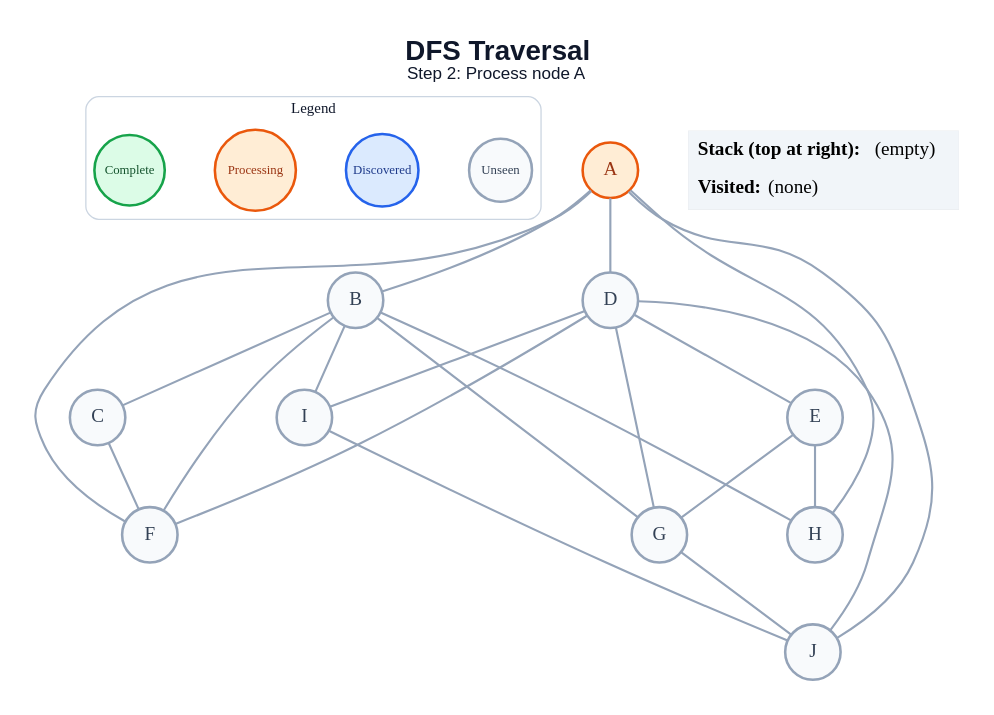
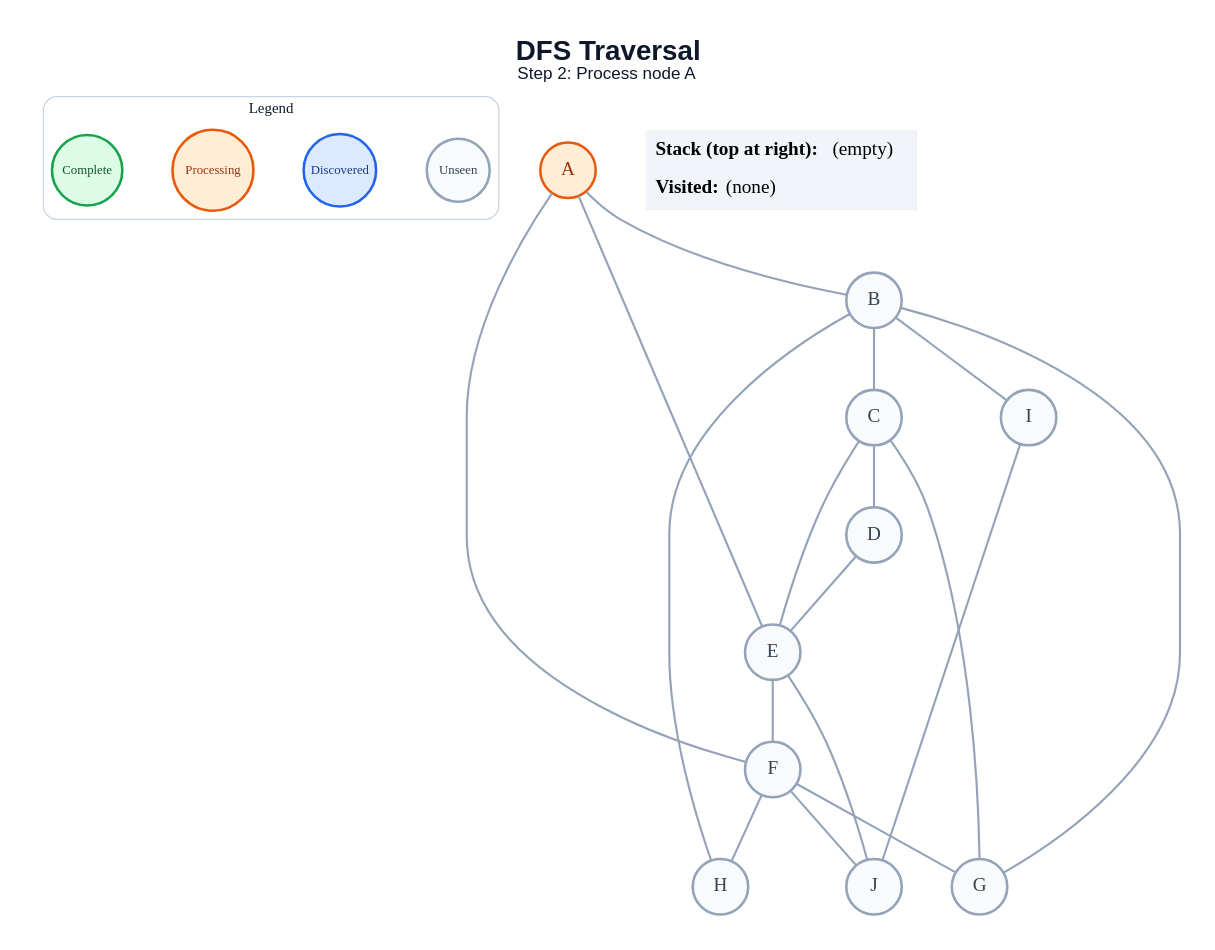
One commit to amanghodawala9/ai-slop changed the diagram in generated/dfs/step_02.dot. Above: the diagram before and after it, drawn with Graphviz. The commit also changed 178 other files, not shown here.

```diff
--- a/generated/dfs/step_02.dot
+++ b/generated/dfs/step_02.dot
@@ -1,49 +1,46 @@
 graph traversal {
   graph [layout=dot, rankdir=TB, bgcolor="#FFFFFF", pad="0.35", nodesep="0.65", ranksep="0.8", fontname="Arial"];
   node [shape=circle, style="filled", fontname="Arial Bold", fontsize=18, width=0.72, fixedsize=true, penwidth=2.4];
   edge [color="#94A3B8", penwidth=2.0];
   label=<<B>DFS Traversal</B><BR/><FONT POINT-SIZE="16">Step 2: Process node A</FONT>>; labelloc="t"; fontsize=26; fontname="Arial"; fontcolor="#0F172A";
   subgraph cluster_legend { label="Legend"; color="#CBD5E1"; penwidth=1.2; style="rounded"; fontsize=14; fontname="Arial Bold";
     key_unseen [label="Unseen", fillcolor="#F8FAFC", color="#94A3B8", fontcolor="#334155", fontsize=12, width=0.82];
     key_frontier [label="Discovered", fillcolor="#DBEAFE", color="#2563EB", fontcolor="#1E3A8A", fontsize=12, width=0.95];
     key_current [label="Processing", fillcolor="#FFEDD5", color="#EA580C", fontcolor="#9A3412", fontsize=12, width=1.05];
     key_done [label="Complete", fillcolor="#DCFCE7", color="#16A34A", fontcolor="#14532D", fontsize=12, width=0.92];
     { rank=same; key_unseen; key_frontier; key_current; key_done; }
   }
   A [fillcolor="#FFEDD5", color="#EA580C", fontcolor="#9A3412"];
   B [fillcolor="#F8FAFC", color="#94A3B8", fontcolor="#334155"];
   C [fillcolor="#F8FAFC", color="#94A3B8", fontcolor="#334155"];
   D [fillcolor="#F8FAFC", color="#94A3B8", fontcolor="#334155"];
   E [fillcolor="#F8FAFC", color="#94A3B8", fontcolor="#334155"];
   F [fillcolor="#F8FAFC", color="#94A3B8", fontcolor="#334155"];
   G [fillcolor="#F8FAFC", color="#94A3B8", fontcolor="#334155"];
   H [fillcolor="#F8FAFC", color="#94A3B8", fontcolor="#334155"];
   I [fillcolor="#F8FAFC", color="#94A3B8", fontcolor="#334155"];
   J [fillcolor="#F8FAFC", color="#94A3B8", fontcolor="#334155"];
   A -- B;
-  A -- D;
+  A -- E;
   A -- F;
-  A -- H;
-  A -- J;
   B -- C;
-  B -- F;
   B -- G;
   B -- H;
   B -- I;
-  C -- F;
+  C -- D;
+  C -- E;
+  C -- G;
   D -- E;
-  D -- F;
-  D -- G;
-  D -- I;
-  D -- J;
-  E -- G;
-  E -- H;
-  G -- J;
+  E -- F;
+  E -- J;
+  F -- G;
+  F -- H;
+  F -- J;
   I -- J;
   status [shape=plain, fixedsize=false, width=0, height=0, margin=0, label=<
     <TABLE BORDER="0" CELLBORDER="0" CELLPADDING="7" BGCOLOR="#F1F5F9">
       <TR><TD ALIGN="LEFT"><B>Stack (top at right):</B> (empty)</TD></TR>
       <TR><TD ALIGN="LEFT"><B>Visited:</B> (none)</TD></TR>
     </TABLE>
   >];
 }
```
